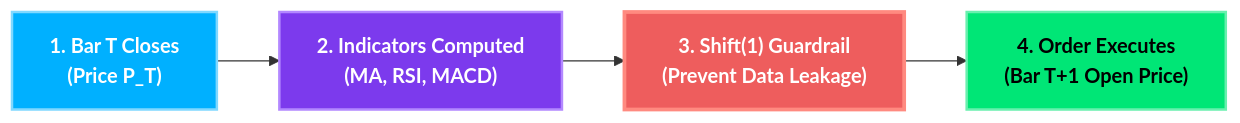
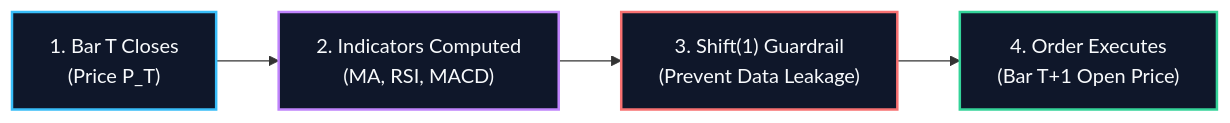
The second of 3 diagrams in README.md (21Afnan/cryptosight), drawn with Mermaid before and after one commit. The commit also changed other lines of this file, not shown here.

````diff
--- a/README.md
+++ b/README.md
@@ -127,16 +127,16 @@
 ```mermaid
 flowchart LR
     A["1. Bar T Closes\n(Price P_T)"] --> B["2. Indicators Computed\n(MA, RSI, MACD)"]
     B --> C["3. Shift(1) Guardrail\n(Prevent Data Leakage)"]
     C --> D["4. Order Executes\n(Bar T+1 Open Price)"]
 
-    classDef stepA fill:#00b0ff,stroke:#80d8ff,stroke-width:2px,color:#ffffff,font-weight:bold;
-    classDef stepB fill:#7c3aed,stroke:#b388ff,stroke-width:2px,color:#ffffff,font-weight:bold;
-    classDef stepC fill:#EE5D5D,stroke:#ff8a80,stroke-width:3px,color:#ffffff,font-weight:bold;
-    classDef stepD fill:#00E676,stroke:#69f0ae,stroke-width:2px,color:#000000,font-weight:bold;
+    classDef stepA fill:#0f172a,stroke:#38bdf8,stroke-width:2px,color:#f8fafc;
+    classDef stepB fill:#0f172a,stroke:#c084fc,stroke-width:2px,color:#f8fafc;
+    classDef stepC fill:#0f172a,stroke:#f87171,stroke-width:2px,color:#f8fafc;
+    classDef stepD fill:#0f172a,stroke:#34d399,stroke-width:2px,color:#f8fafc;
 
     class A stepA;
     class B stepB;
     class C stepC;
     class D stepD;
 ```
````
